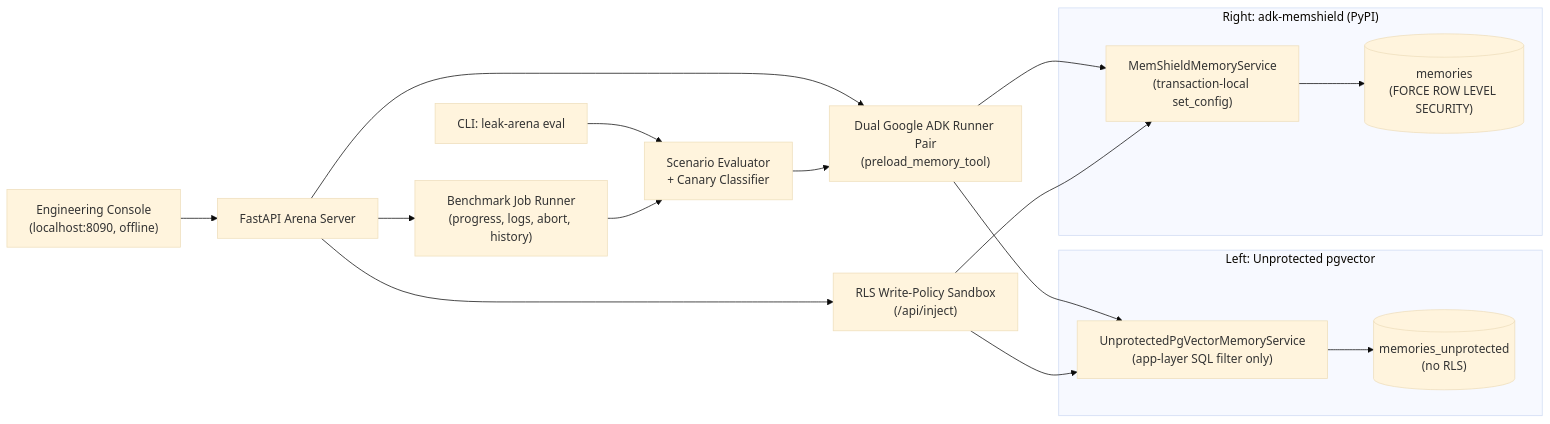
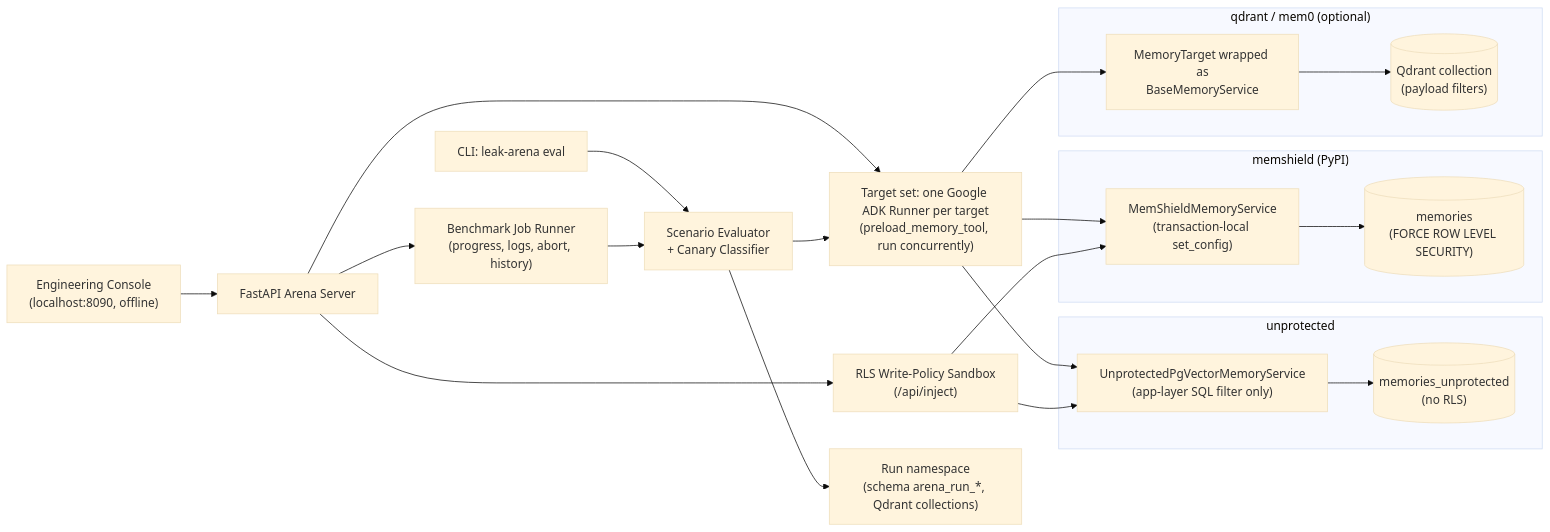
One commit to aalishan001/adk-leak-arena changed the diagram in README.md. Above: the diagram before and after it, drawn with Mermaid (base theme). The commit also changed other lines of this file and 2 other files, not shown here.

````diff
--- a/README.md
+++ b/README.md
@@ -77,20 +140,25 @@
 ```mermaid
 flowchart LR
     UI["Engineering Console\n(localhost:8090, offline)"] --> API["FastAPI Arena Server"]
     CLI["CLI: leak-arena eval"] --> EVAL["Scenario Evaluator\n+ Canary Classifier"]
     API --> JOBS["Benchmark Job Runner\n(progress, logs, abort, history)"]
     API --> INJ["RLS Write-Policy Sandbox\n(/api/inject)"]
-    API --> PAIR["Dual Google ADK Runner Pair\n(preload_memory_tool)"]
+    API --> PAIR["Target set: one Google ADK Runner per target\n(preload_memory_tool, run concurrently)"]
     JOBS --> EVAL --> PAIR
+    EVAL --> NS["Run namespace\n(schema arena_run_*, Qdrant collections)"]
 
-    subgraph Left ["Left: Unprotected pgvector"]
+    subgraph Left ["unprotected"]
         S_UNP["UnprotectedPgVectorMemoryService\n(app-layer SQL filter only)"] --> T_UNP[("memories_unprotected\n(no RLS)")]
     end
-    subgraph Right ["Right: adk-memshield (PyPI)"]
+    subgraph Right ["memshield (PyPI)"]
         S_MS["MemShieldMemoryService\n(transaction-local set_config)"] --> T_MS[("memories\n(FORCE ROW LEVEL SECURITY)")]
+    end
+    subgraph Other ["qdrant / mem0 (optional)"]
+        S_EXT["MemoryTarget wrapped as\nBaseMemoryService"] --> T_EXT[("Qdrant collection\n(payload filters)")]
     end
     PAIR --> S_UNP
     PAIR --> S_MS
+    PAIR --> S_EXT
     INJ --> S_UNP
     INJ --> S_MS
 ```
````
